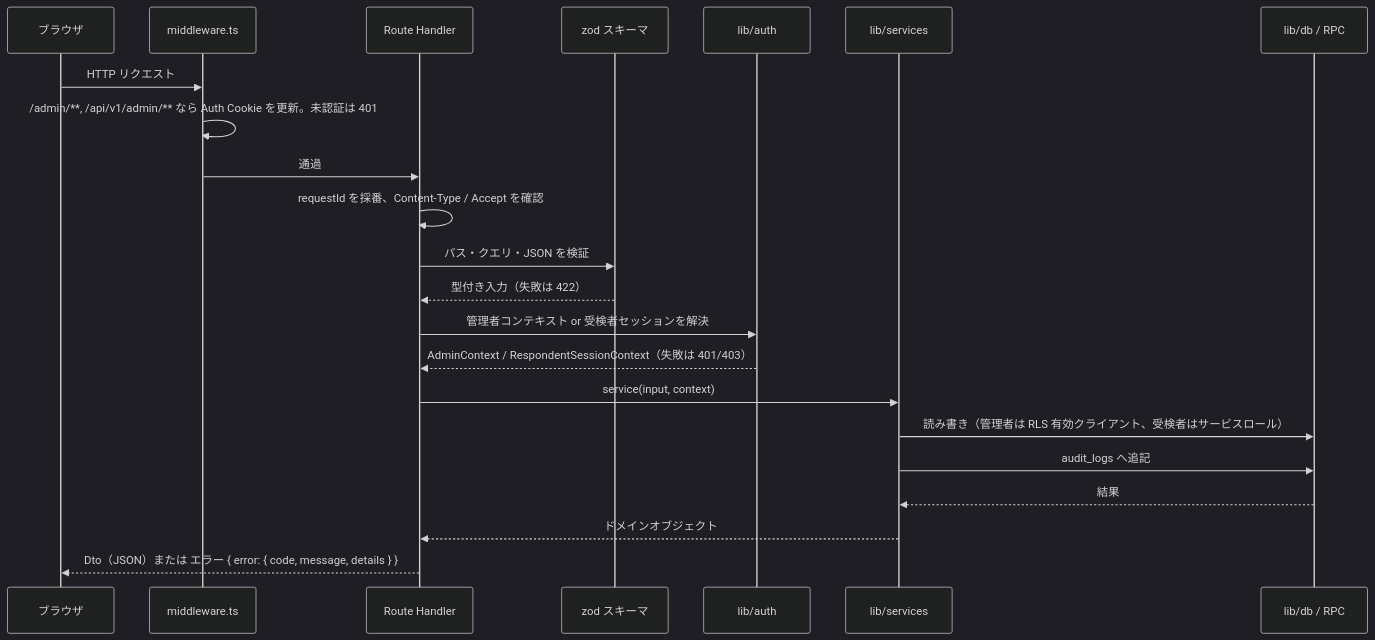
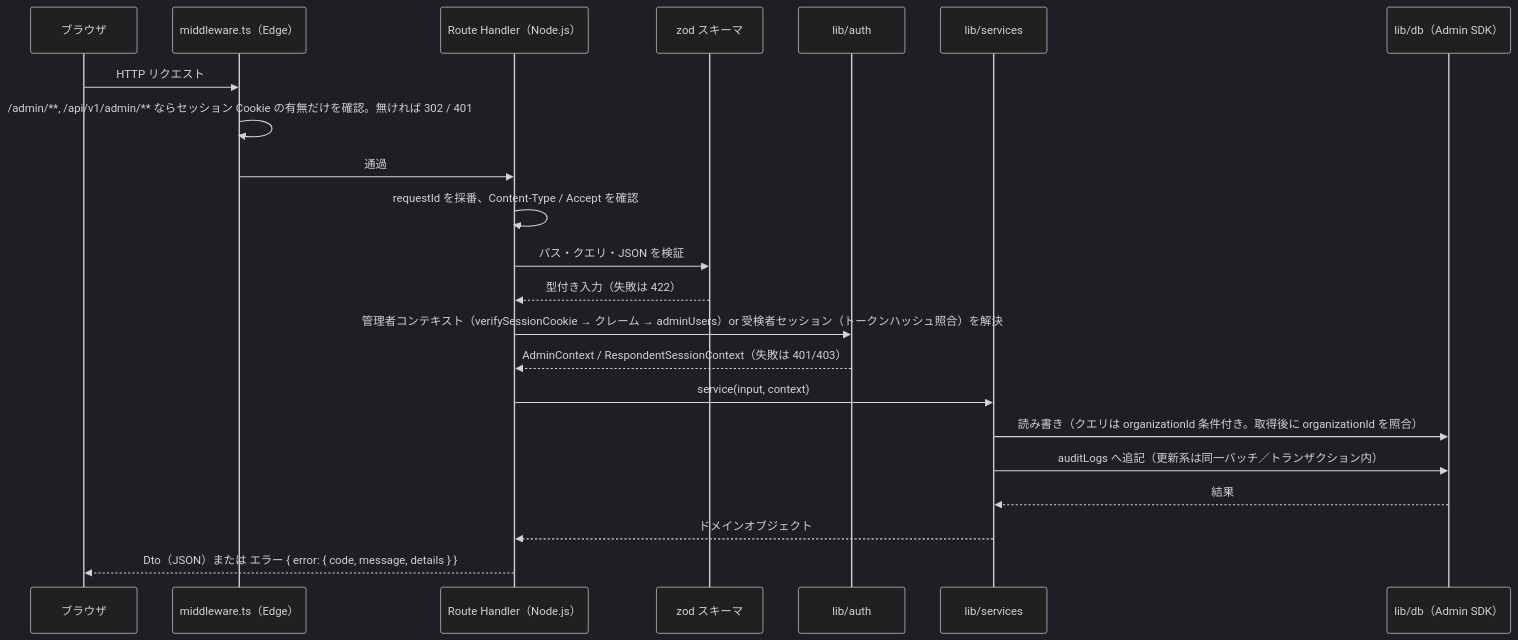
Before and after one commit to tanukichiyamaguchi/Tekisei-Kensa: the second of 6 diagrams in docs/基本設計/04_API設計.md, drawn with Mermaid (dark theme). The commit also changed other lines of this file and 2 other files, not shown here.

````diff
--- a/docs/基本設計/04_API設計.md
+++ b/docs/基本設計/04_API設計.md
@@ -119,24 +125,24 @@
 ```mermaid
 sequenceDiagram
     participant B as ブラウザ
-    participant M as middleware.ts
-    participant H as Route Handler
+    participant M as middleware.ts（Edge）
+    participant H as Route Handler（Node.js）
     participant Z as zod スキーマ
     participant AU as lib/auth
     participant S as lib/services
-    participant D as lib/db / RPC
+    participant D as lib/db（Admin SDK）
     B->>M: HTTP リクエスト
-    M->>M: /admin/**, /api/v1/admin/** なら Auth Cookie を更新。未認証は 401
+    M->>M: /admin/**, /api/v1/admin/** ならセッション Cookie の有無だけを確認。無ければ 302 / 401
     M->>H: 通過
     H->>H: requestId を採番、Content-Type / Accept を確認
     H->>Z: パス・クエリ・JSON を検証
     Z-->>H: 型付き入力（失敗は 422）
-    H->>AU: 管理者コンテキスト or 受検者セッションを解決
+    H->>AU: 管理者コンテキスト（verifySessionCookie → クレーム → adminUsers）or 受検者セッション（トークンハッシュ照合）を解決
     AU-->>H: AdminContext / RespondentSessionContext（失敗は 401/403）
     H->>S: service(input, context)
-    S->>D: 読み書き（管理者は RLS 有効クライアント、受検者はサービスロール）
-    S->>D: audit_logs へ追記
+    S->>D: 読み書き（クエリは organizationId 条件付き。取得後に organizationId を照合）
+    S->>D: auditLogs へ追記（更新系は同一バッチ／トランザクション内）
     D-->>S: 結果
     S-->>H: ドメインオブジェクト
     H-->>B: Dto（JSON）または エラー { error: { code, message, details } }
 ```
````
